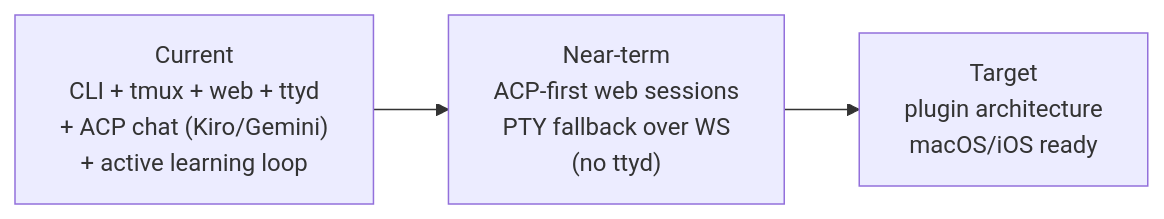
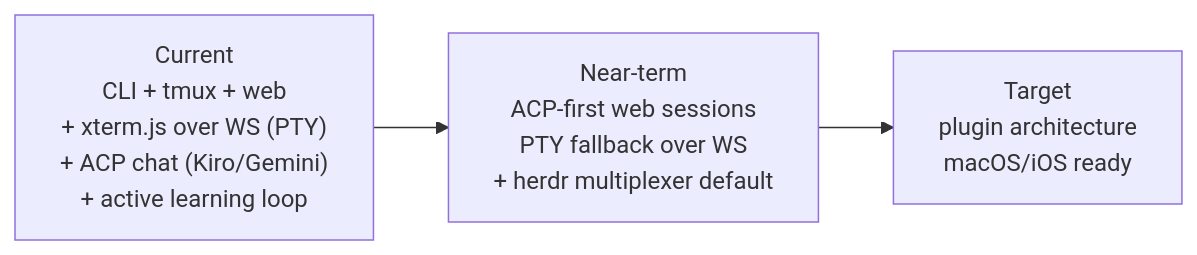
The diagram in docs/architecture.md (NetDevAutomate/StudyLoop), drawn with Mermaid before and after one commit. The commit also changed other lines of this file and 16 other files, not shown here.

````diff
--- a/docs/architecture.md
+++ b/docs/architecture.md
@@ -19,8 +19,8 @@
 ```mermaid
 flowchart LR
-    Current["Current<br/>CLI + tmux + web + ttyd<br/>+ ACP chat (Kiro/Gemini)<br/>+ active learning loop"]
-    Hybrid["Near-term<br/>ACP-first web sessions<br/>PTY fallback over WS<br/>(no ttyd)"]
+    Current["Current<br/>CLI + tmux + web<br/>+ xterm.js over WS (PTY)<br/>+ ACP chat (Kiro/Gemini)<br/>+ active learning loop"]
+    Hybrid["Near-term<br/>ACP-first web sessions<br/>PTY fallback over WS<br/>+ herdr multiplexer default"]
     Target["Target<br/>plugin architecture<br/>macOS/iOS ready"]
 
     Current --> Hybrid --> Target
 ```
````
